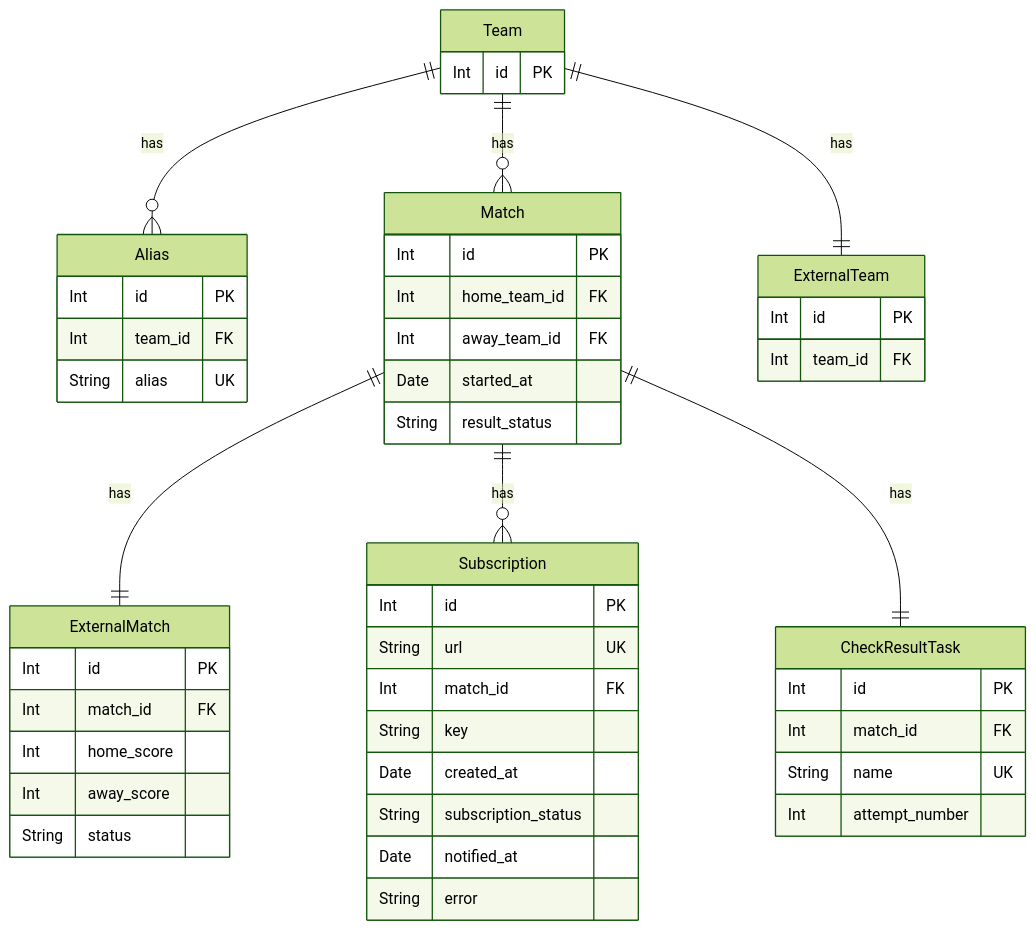
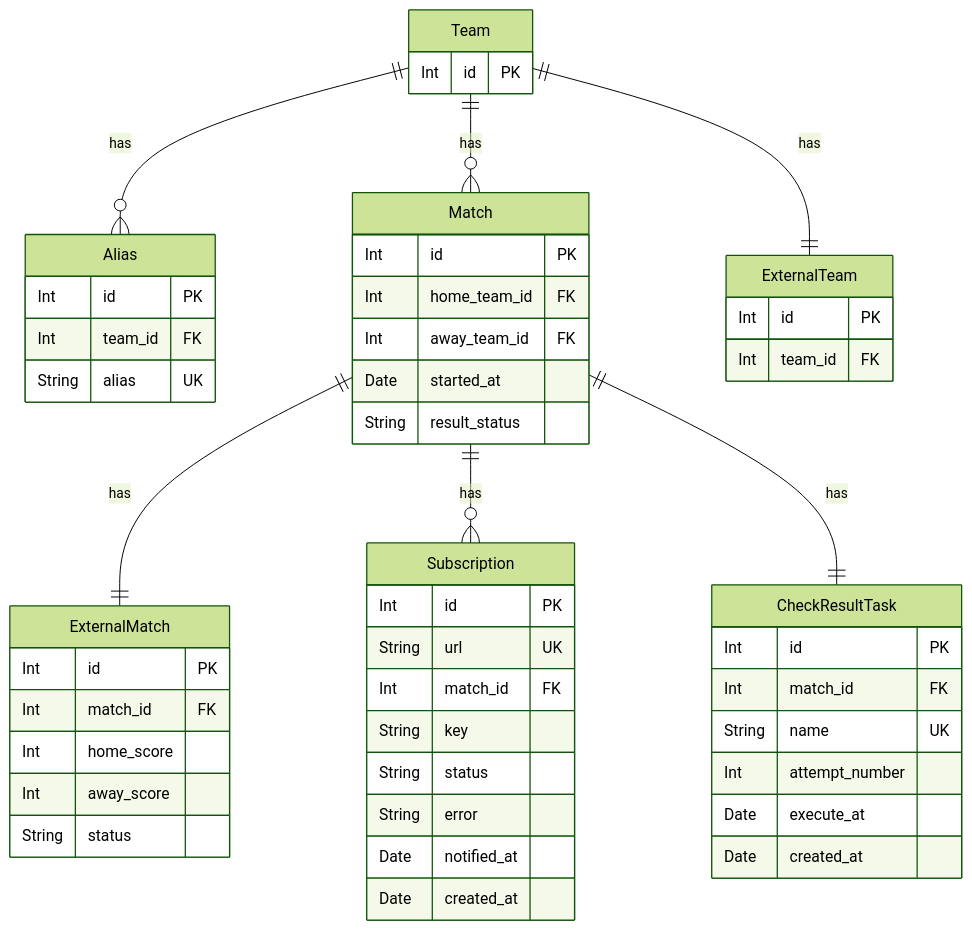
One commit to andrewshostak/result-service changed the first of 7 diagrams in README.md. Above: the diagram before and after it, drawn with Mermaid (forest theme). The commit also changed 22 other files, not shown here.

````diff
--- a/README.md
+++ b/README.md
@@ -25,58 +25,60 @@
 ```mermaid
 erDiagram
     Team {
         Int id PK
     }
     
     Alias {
         Int id PK
         Int team_id FK
         String alias UK 
     }
     
     Match {
         Int id PK
         Int home_team_id FK
         Int away_team_id FK
         Date started_at
         String result_status
     }
     
     ExternalMatch {
         Int id PK
         Int match_id FK
         Int home_score
         Int away_score
         String status
     }
     
     Subscription {
         Int id PK
         String url UK
         Int match_id FK
         String key
+        String status
+        String error
+        Date notified_at
         Date created_at
-        String subscription_status
-        Date notified_at
-        String error
     }
     
     ExternalTeam {
         Int id PK
         Int team_id FK
     }
     
     CheckResultTask {
         Int id PK
         Int match_id FK
         String name UK
         Int attempt_number
+        Date execute_at
+        Date created_at
     }
     
     Team ||--o{ Alias : has 
     Team ||--o{ Match : has
     Match ||--|| ExternalMatch : has
     Match ||--o{ Subscription : has
     Team ||--|| ExternalTeam : has
     Match ||--|| CheckResultTask : has
 ```
````
